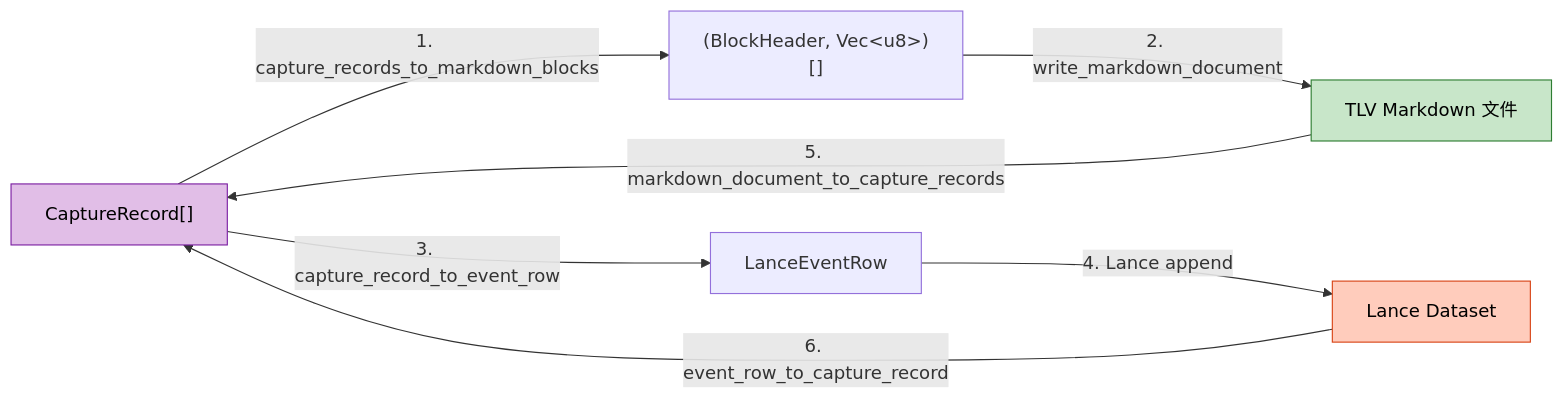
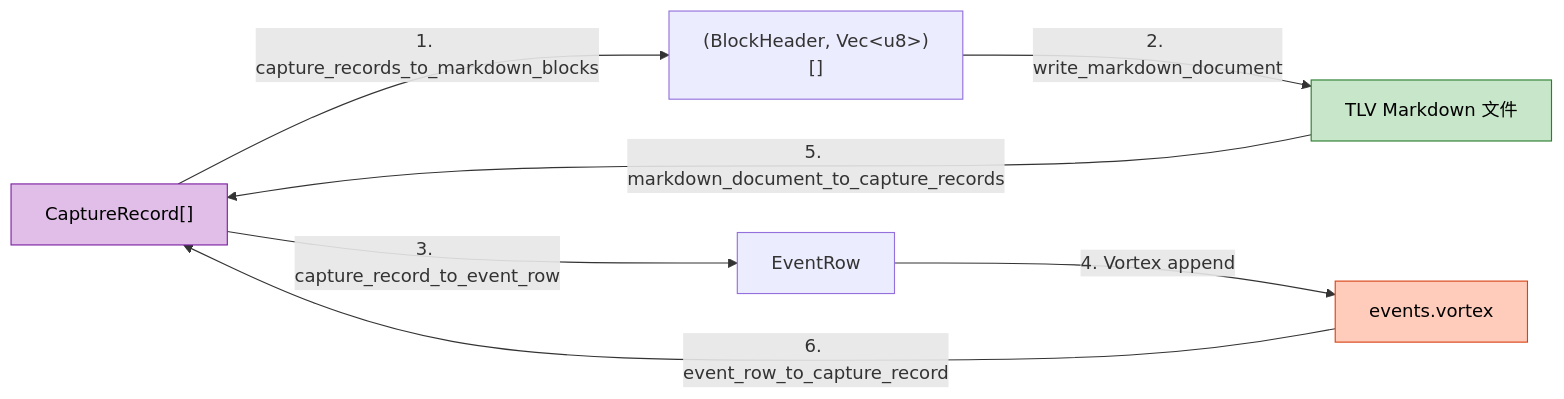
One commit to DeepLink-org/Persisting changed the fourth of 5 diagrams in docs/src/design/trajectory_storage.zh.md. Above: the diagram before and after it, drawn with Mermaid. The commit also changed other lines of this file and 69 other files, not shown here.

First line of the commit message:
Refactor persisting-capture crate to replace Lance references with Vortex

````diff
--- a/docs/src/design/trajectory_storage.zh.md
+++ b/docs/src/design/trajectory_storage.zh.md
@@ -241,15 +240,15 @@
 ```mermaid
 graph LR
     A["CaptureRecord[]"] -->|"1. capture_records_to_markdown_blocks"| B["(BlockHeader, Vec&lt;u8&gt;)[]"]
     B -->|"2. write_markdown_document"| C["TLV Markdown 文件"]
 
-    A -->|"3. capture_record_to_event_row"| D["LanceEventRow"]
-    D -->|"4. Lance append"| E["Lance Dataset"]
+    A -->|"3. capture_record_to_event_row"| D["EventRow"]
+    D -->|"4. Vortex append"| E["events.vortex"]
 
     C -->|"5. markdown_document_to_capture_records"| A
     E -->|"6. event_row_to_capture_record"| A
 
     style A fill:#e1bee7,stroke:#7b1fa2,color:#000
     style C fill:#c8e6c9,stroke:#2e7d32,color:#000
     style E fill:#ffccbc,stroke:#d84315,color:#000
 ```
````
